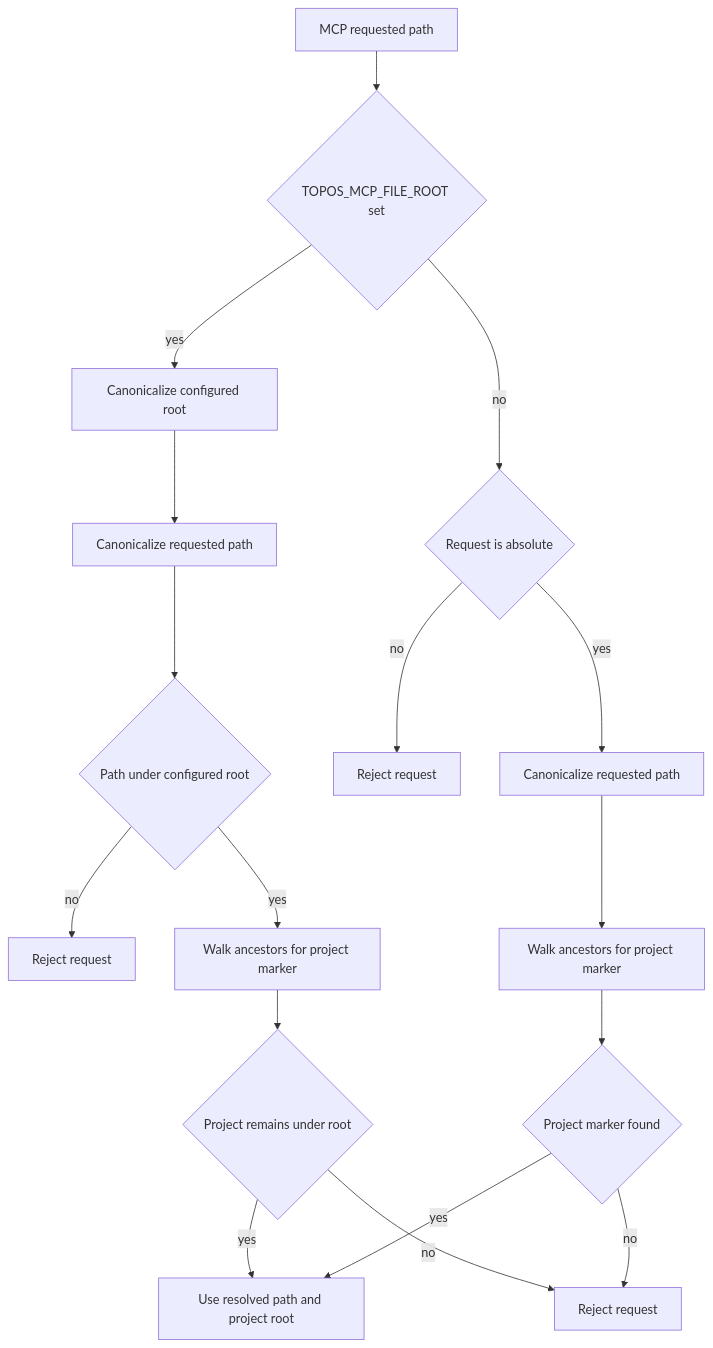
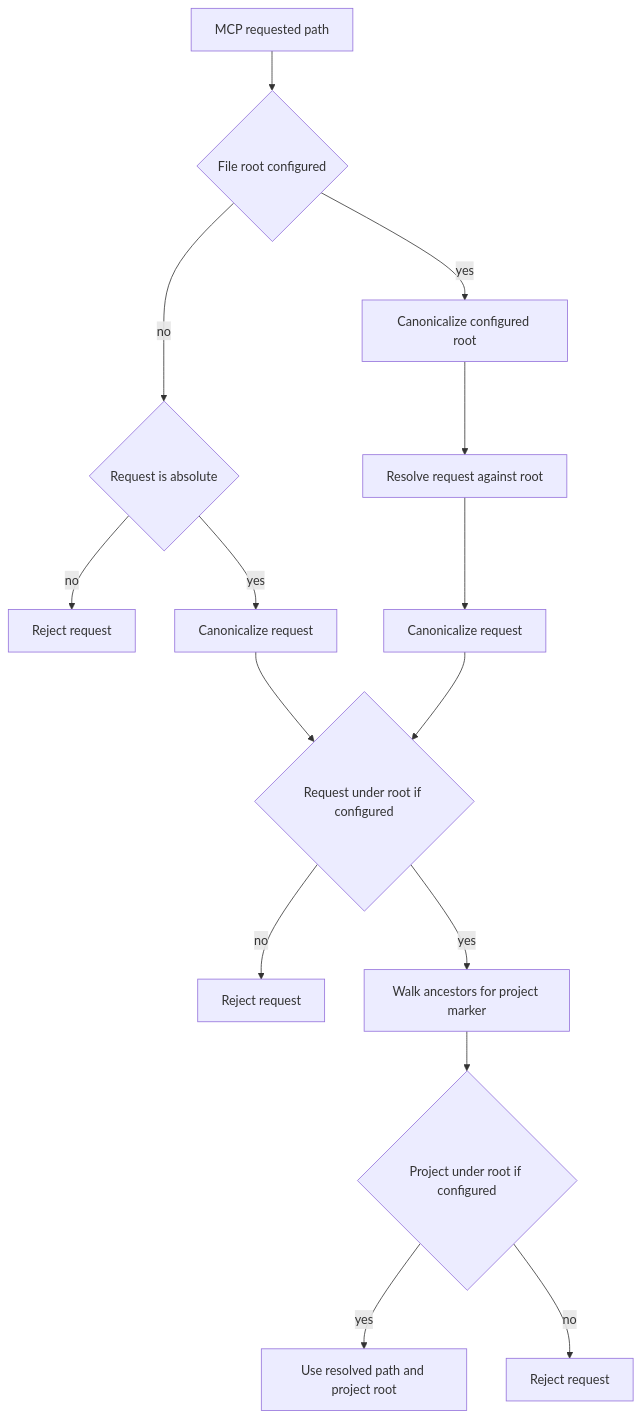
The second of 2 diagrams in openwiki/integrations/distribution.md (Krv-Labs/topos), drawn with Mermaid before and after one commit. The commit also changed other lines of this file and 21 other files, not shown here.

````diff
--- a/openwiki/integrations/distribution.md
+++ b/openwiki/integrations/distribution.md
@@ -100,19 +133,17 @@
 ```mermaid
 flowchart TD
-    Request["MCP requested path"] --> Boundary{"TOPOS_MCP_FILE_ROOT set"}
-    Boundary -->|yes| CanonRoot["Canonicalize configured root"]
-    CanonRoot --> CanonBoundPath["Canonicalize requested path"]
-    CanonBoundPath --> Inside{"Path under configured root"}
-    Inside -->|no| DenyBoundary["Reject request"]
-    Inside -->|yes| DetectBound["Walk ancestors for project marker"]
-    Boundary -->|no| Absolute{"Request is absolute"}
-    Absolute -->|no| DenyAbsolute["Reject request"]
-    Absolute -->|yes| CanonFreePath["Canonicalize requested path"]
-    CanonFreePath --> DetectFree["Walk ancestors for project marker"]
-    DetectBound --> ProjectBound{"Project remains under root"}
-    ProjectBound -->|yes| Allow["Use resolved path and project root"]
-    ProjectBound -->|no| DenyProject["Reject request"]
-    DetectFree --> ProjectFree{"Project marker found"}
-    ProjectFree -->|yes| Allow
-    ProjectFree -->|no| DenyProject
+    Request["MCP requested path"] --> RootSet{"File root configured"}
+    RootSet -->|yes| Root["Canonicalize configured root"]
+    Root --> ResolveRelative["Resolve request against root"]
+    RootSet -->|no| Absolute{"Request is absolute"}
+    Absolute -->|no| RejectAbsolute["Reject request"]
+    Absolute -->|yes| ResolveAbsolute["Canonicalize request"]
+    ResolveRelative --> Canonical["Canonicalize request"]
+    ResolveAbsolute --> Boundary{"Request under root if configured"}
+    Canonical --> Boundary
+    Boundary -->|no| RejectBoundary["Reject request"]
+    Boundary -->|yes| Discover["Walk ancestors for project marker"]
+    Discover --> Project{"Project under root if configured"}
+    Project -->|yes| Accept["Use resolved path and project root"]
+    Project -->|no| RejectProject["Reject request"]
 ```
````
